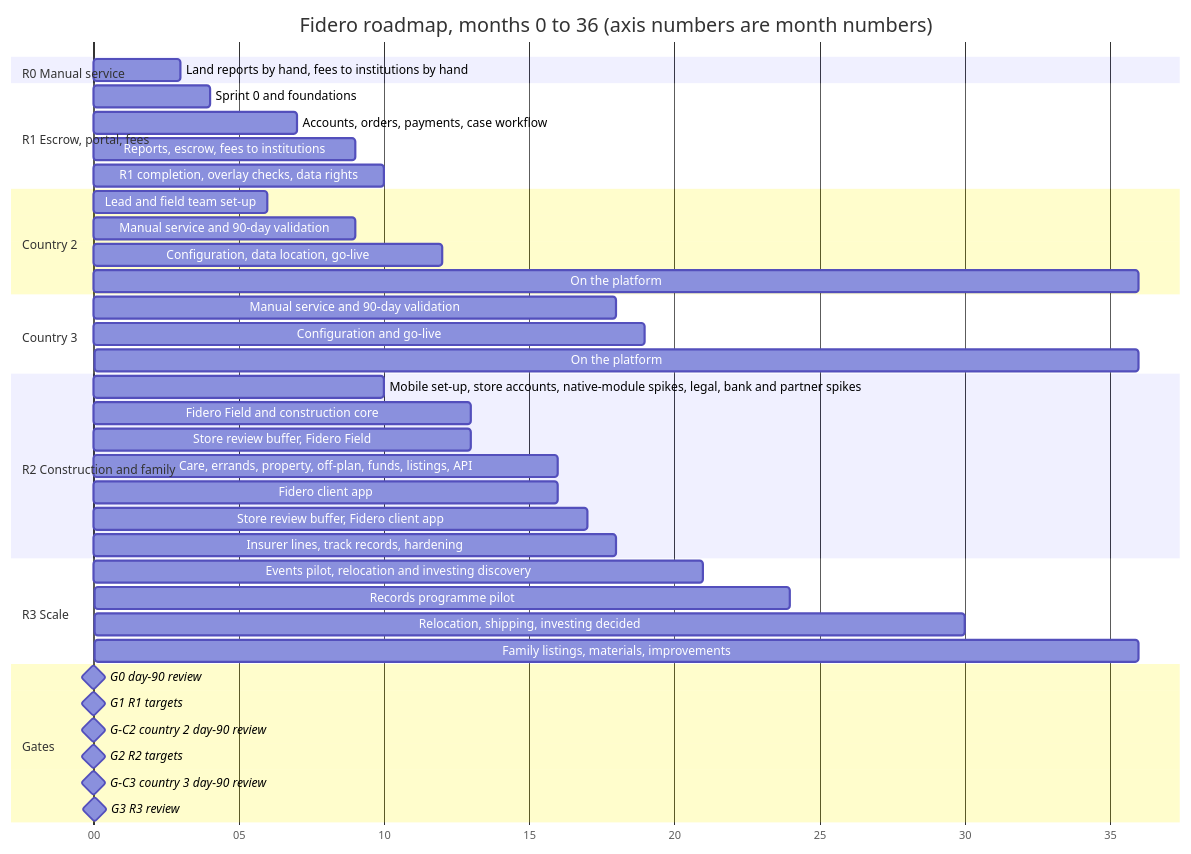
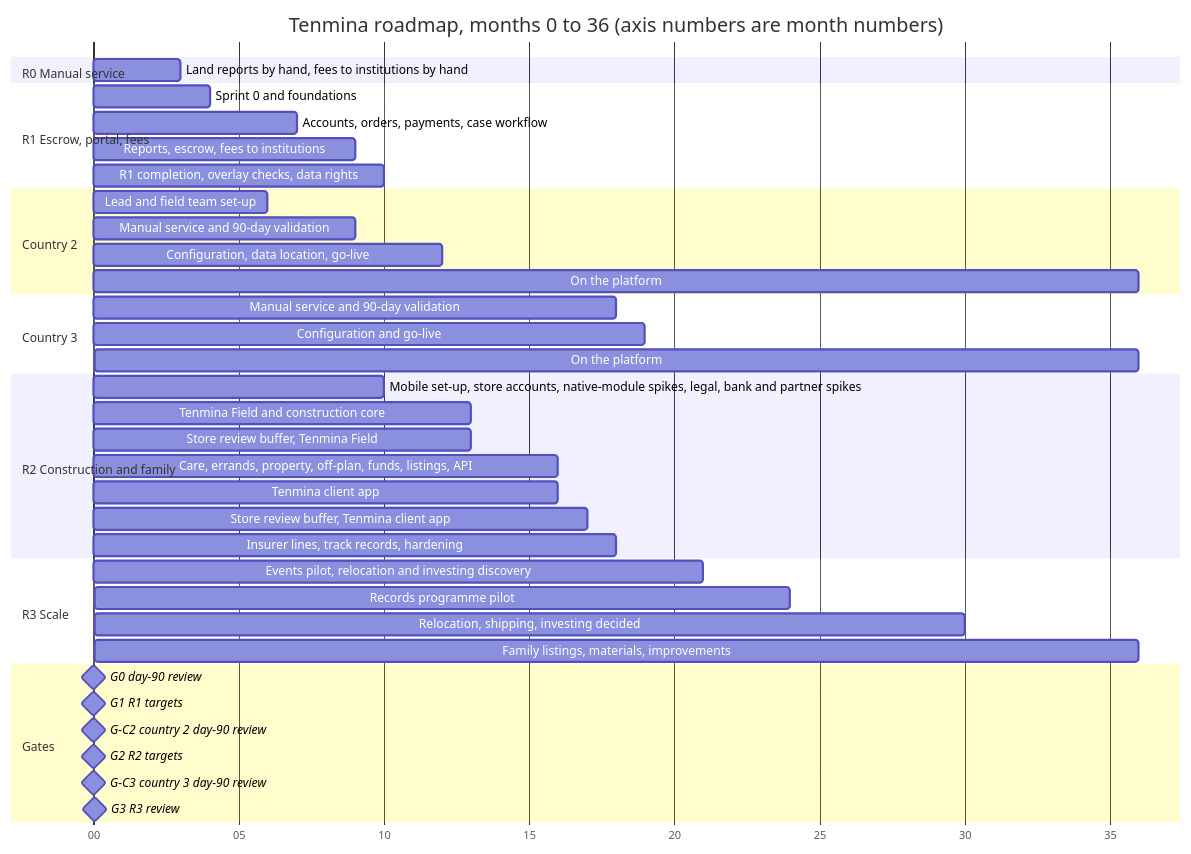
One commit to 1SteveMens/Fidero changed the first of 2 diagrams in docs/specs/04-project-plan-and-backlog.md. Above: the diagram before and after it, drawn with Mermaid. The commit also changed other lines of this file and 90 other files, not shown here.

First line of the commit message:
Rename Fidero to Tenmina

````diff
--- a/docs/specs/04-project-plan-and-backlog.md
+++ b/docs/specs/04-project-plan-and-backlog.md
@@ -120,43 +120,43 @@
 ```mermaid
 gantt
-    title Fidero roadmap, months 0 to 36 (axis numbers are month numbers)
+    title Tenmina roadmap, months 0 to 36 (axis numbers are month numbers)
     dateFormat X
     axisFormat %S
     todayMarker off
     section R0 Manual service
     Land reports by hand, fees to institutions by hand   :r0, 0, 3
     section R1 Escrow, portal, fees
     Sprint 0 and foundations                       :r1a, 3, 4
     Accounts, orders, payments, case workflow      :r1b, 4, 7
     Reports, escrow, fees to institutions          :r1c, 7, 9
     R1 completion, overlay checks, data rights     :r1d, 9, 10
     section Country 2
     Lead and field team set-up                     :c2a, 5, 6
     Manual service and 90-day validation           :c2b, 6, 9
     Configuration, data location, go-live          :c2c, 10, 12
     On the platform                                :c2d, 12, 36
     section Country 3
     Manual service and 90-day validation           :c3a, 15, 18
     Configuration and go-live                      :c3b, 18, 19
     On the platform                                :c3c, 19, 36
     section R2 Construction and family
     Mobile set-up, store accounts, native-module spikes, legal, bank and partner spikes :r2a, 9, 10
-    Fidero Field and construction core             :r2b, 10, 13
-    Store review buffer, Fidero Field              :r2s1, 12, 13
+    Tenmina Field and construction core             :r2b, 10, 13
+    Store review buffer, Tenmina Field              :r2s1, 12, 13
     Care, errands, property, off-plan, funds, listings, API :r2c, 13, 16
-    Fidero client app                              :r2app, 13, 16
-    Store review buffer, Fidero client app         :r2s2, 16, 17
+    Tenmina client app                              :r2app, 13, 16
+    Store review buffer, Tenmina client app         :r2s2, 16, 17
     Insurer lines, track records, hardening        :r2d, 16, 18
     section R3 Scale
     Events pilot, relocation and investing discovery :r3a, 18, 21
     Records programme pilot                        :r3b, 21, 24
     Relocation, shipping, investing decided        :r3c, 24, 30
     Family listings, materials, improvements       :r3d, 27, 36
     section Gates
     G0 day-90 review                               :milestone, g0, 3, 0d
     G1 R1 targets                                  :milestone, g1, 9, 0d
     G-C2 country 2 day-90 review                   :milestone, gc2, 9, 0d
     G2 R2 targets                                  :milestone, g2, 18, 0d
     G-C3 country 3 day-90 review                   :milestone, gc3, 18, 0d
     G3 R3 review                                   :milestone, g3, 36, 0d
 ```
````
